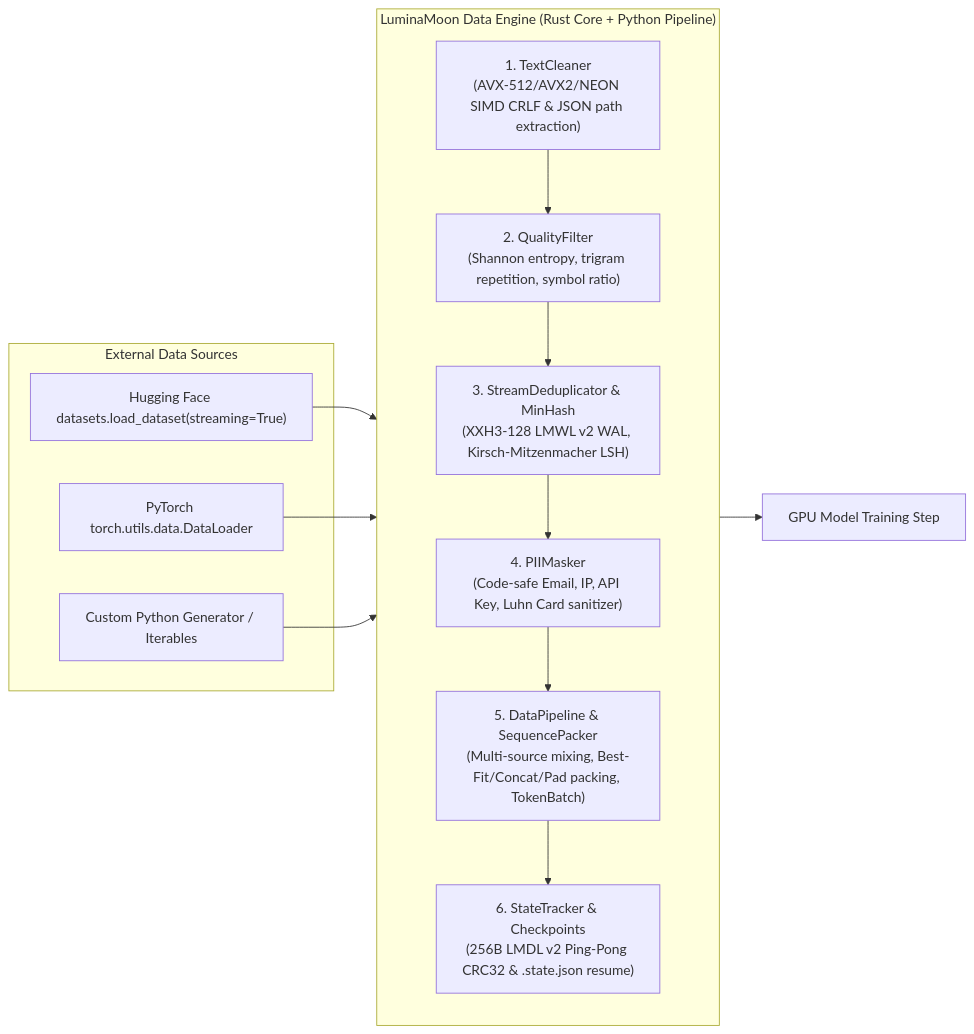
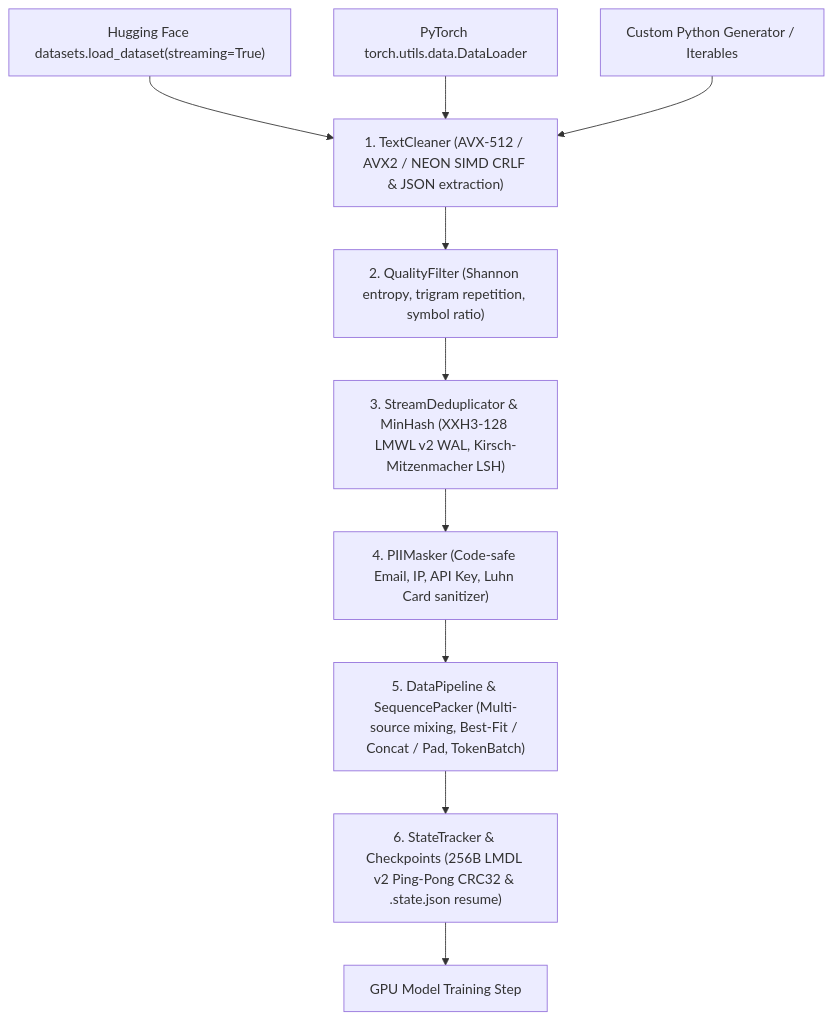
The diagram in data/README.md (cloverx-id/luminamoon), drawn with Mermaid before and after one commit. The commit also changed other lines of this file and 52 other files, not shown here.

````diff
--- a/data/README.md
+++ b/data/README.md
@@ -11,28 +11,12 @@
 ```mermaid
-flowchart LR
-    subgraph External ["External Data Sources"]
-        HF["Hugging Face datasets.load_dataset(streaming=True)"]
-        Torch["PyTorch torch.utils.data.DataLoader"]
-        Custom["Custom Python Generator / Iterables"]
-    end
-
-    subgraph Data_Engine ["LuminaMoon Data Engine (Rust Core + Python Pipeline)"]
-        direction TB
-        Cleaner["1. TextCleaner\n(AVX-512/AVX2/NEON SIMD CRLF & JSON path extraction)"]
-        Quality["2. QualityFilter\n(Shannon entropy, trigram repetition, symbol ratio)"]
-        Dedup["3. StreamDeduplicator & MinHash\n(XXH3-128 LMWL v2 WAL, Kirsch-Mitzenmacher LSH)"]
-        Masker["4. PIIMasker\n(Code-safe Email, IP, API Key, Luhn Card sanitizer)"]
-        Packer["5. DataPipeline & SequencePacker\n(Multi-source mixing, Best-Fit/Concat/Pad packing, TokenBatch)"]
-        Tracker["6. StateTracker & Checkpoints\n(256B LMDL v2 Ping-Pong CRC32 & .state.json resume)"]
-    end
-
-    HF --> Cleaner
-    Torch --> Cleaner
-    Custom --> Cleaner
-    Cleaner --> Quality
-    Quality --> Dedup
-    Dedup --> Masker
-    Masker --> Packer
-    Packer --> Tracker
+flowchart TD
+    HF["Hugging Face datasets.load_dataset(streaming=True)"] --> Cleaner
+    Torch["PyTorch torch.utils.data.DataLoader"] --> Cleaner
+    Custom["Custom Python Generator / Iterables"] --> Cleaner
+    Cleaner["1. TextCleaner (AVX-512 / AVX2 / NEON SIMD CRLF & JSON extraction)"] --> Quality["2. QualityFilter (Shannon entropy, trigram repetition, symbol ratio)"]
+    Quality --> Dedup["3. StreamDeduplicator & MinHash (XXH3-128 LMWL v2 WAL, Kirsch-Mitzenmacher LSH)"]
+    Dedup --> Masker["4. PIIMasker (Code-safe Email, IP, API Key, Luhn Card sanitizer)"]
+    Masker --> Packer["5. DataPipeline & SequencePacker (Multi-source mixing, Best-Fit / Concat / Pad, TokenBatch)"]
+    Packer --> Tracker["6. StateTracker & Checkpoints (256B LMDL v2 Ping-Pong CRC32 & .state.json resume)"]
     Tracker --> Consumer["GPU Model Training Step"]
 ```
````
